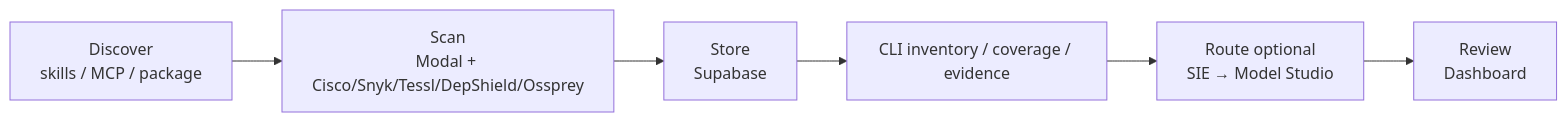
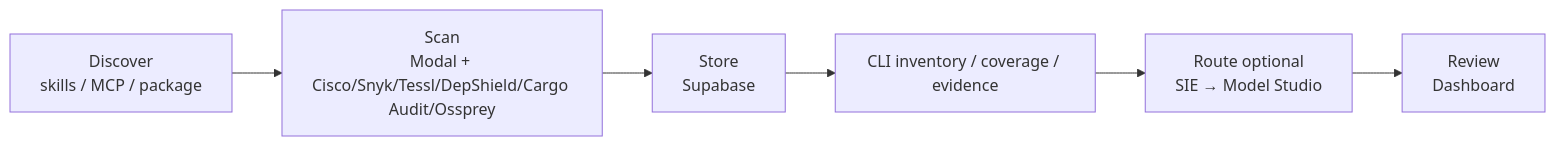
The diagram in README.md (neomatrix369/tripwire), drawn with Mermaid before and after one commit. The commit also changed other lines of this file, not shown here.

First line of the commit message:
docs: refresh README for Wave R scanners and Cargo Audit

````diff
--- a/README.md
+++ b/README.md
@@ -205,8 +207,8 @@
 ```mermaid
 flowchart LR
-  discover["Discover<br/>skills / MCP / package"] --> scan["Scan<br/>Modal + Cisco/Snyk/Tessl/DepShield/Ossprey"]
+  discover["Discover<br/>skills / MCP / package"] --> scan["Scan<br/>Modal + Cisco/Snyk/Tessl/DepShield/Cargo Audit/Ossprey"]
   scan --> store["Store<br/>Supabase"]
   store --> inventory["CLI inventory / coverage / evidence"]
   inventory --> route["Route optional<br/>SIE → Model Studio"]
   route --> review["Review<br/>Dashboard"]
 ```
````
